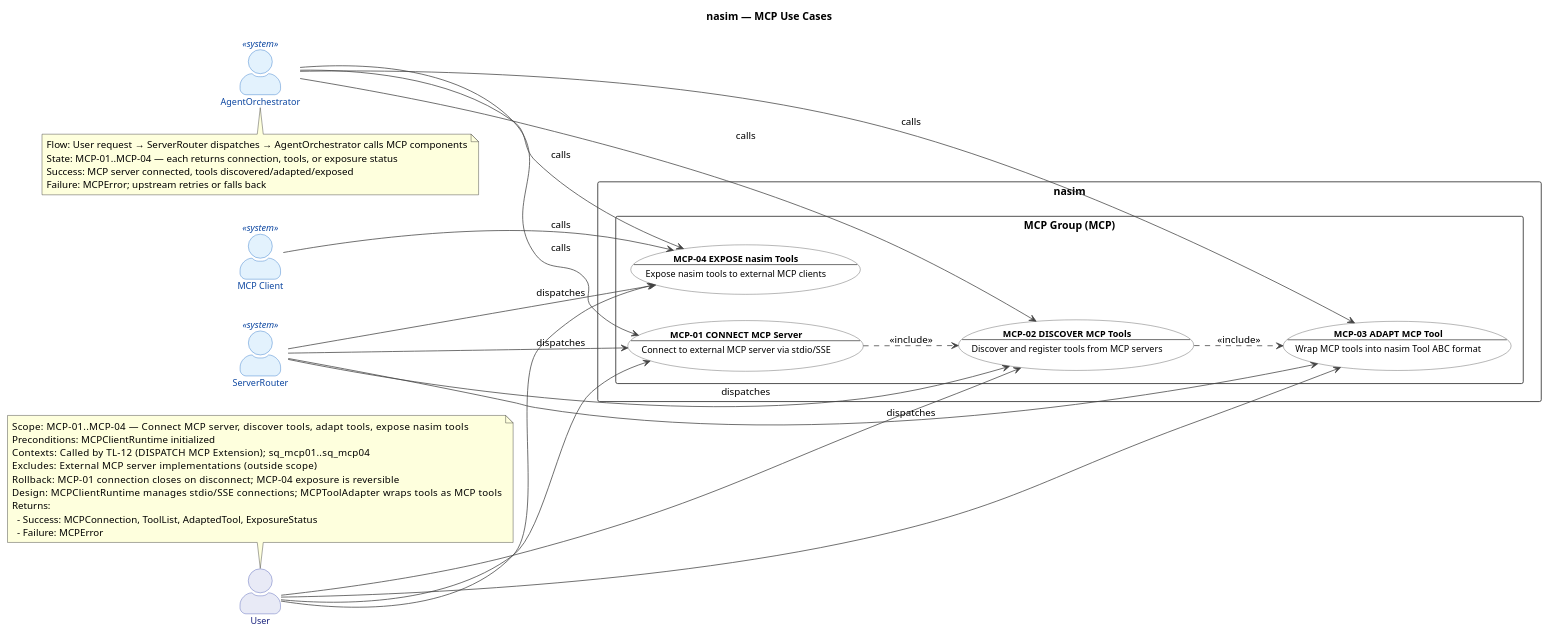
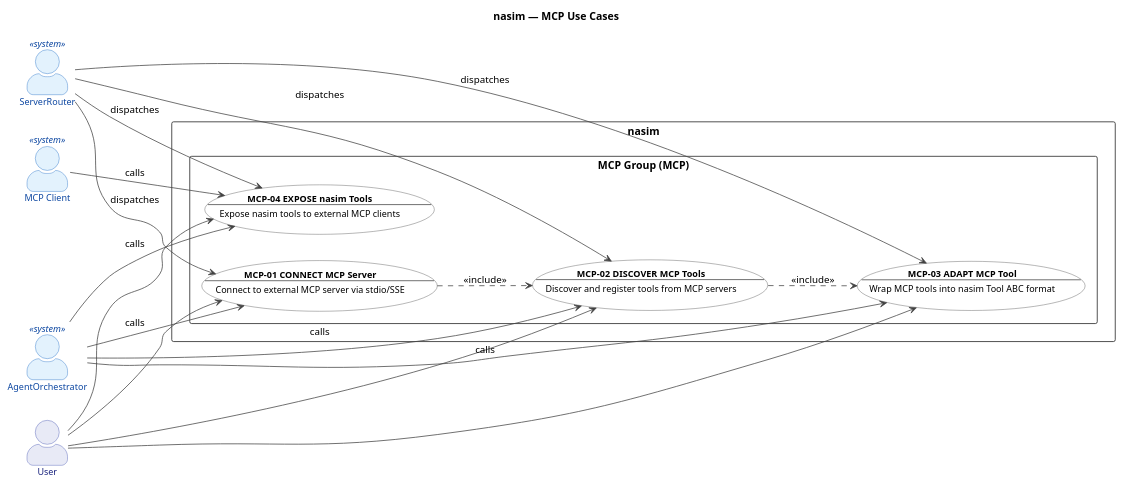
Before and after one commit to salimnamvar/nasim: the diagram in docs/UC/uc_mcp.puml, drawn with PlantUML. The commit also changed 23 other files, not shown here.

First line of the commit message:
docs: Refactor UC diagrams and update merge script paths

```diff
--- a/docs/UC/uc_mcp.puml
+++ b/docs/UC/uc_mcp.puml
@@ -1,112 +1,116 @@
 @startuml uc_mcp
+
 
 ' ============================================================
 ' Title:     nasim — UC: MCP Group
 ' Group:     MCP (Model Context Protocol)
 ' Boundary:  nasim code agent
 ' Purpose:   MCP as first-class subsystem: client/server runtime, tool adapter, discovery
 ' Milestone: v1.0
 ' Version:   9.1.0
 ' Source:    docs/ENTITIES.md, docs/UC/README.md
 ' Review:    CAR refinement loop 2026-06-27
 ' SQ:        sq_mcp01..sq_mcp04
 ' ============================================================
 
+
 left to right direction
+
 
 title nasim — MCP Use Cases
 
+
 skinparam actorStyle awesome
 skinparam packageStyle rectangle
+
 
 skinparam usecase {
   BackgroundColor #FFFFFF
   BorderColor #424242
   FontColor #000000
   ArrowColor #424242
   FontSize 12
 }
 
+
 skinparam actor {
   BackgroundColor #E8EAF6
   BorderColor #3949AB
   FontColor #1A237E
   FontSize 12
 }
 
+
 skinparam actor<<system>> {
   BackgroundColor #E3F2FD
   BorderColor #1565C0
   FontColor #0D47A1
 }
 
+
 ' ------------------------------------------------------------
 ' Actors
 ' ------------------------------------------------------------
 
+
 actor "User" as User
 actor "ServerRouter" as Router <<system>>
 actor "AgentOrchestrator" as Agent <<system>>
-note top of User
-  Scope:          MCP-01..MCP-04 — Connect MCP server, discover tools, adapt tools, expose nasim tools
-  Preconditions:  MCPClientRuntime initialized
-  Contexts:       Called by TL-12 (DISPATCH MCP Extension); sq_mcp01..sq_mcp04
-  Excludes:       External MCP server implementations (outside scope)
-  Rollback:       MCP-01 connection closes on disconnect; MCP-04 exposure is reversible
-  Design:         MCPClientRuntime manages stdio/SSE connections; MCPToolAdapter wraps tools as MCP tools
-  Returns:
-    - Success: MCPConnection, ToolList, AdaptedTool, ExposureStatus
-    - Failure: MCPError
-end note
+
 
 actor "MCP Client" as MCPClient <<system>>
+
 
 ' ------------------------------------------------------------
 ' System Boundary
 ' ------------------------------------------------------------
+
 
 rectangle "nasim" {
   package "MCP Group (MCP)" {
     usecase "**MCP-01 CONNECT MCP Server**\n--\nConnect to external MCP server via stdio/SSE" as MCP01
     usecase "**MCP-02 DISCOVER MCP Tools**\n--\nDiscover and register tools from MCP servers" as MCP02
     usecase "**MCP-03 ADAPT MCP Tool**\n--\nWrap MCP tools into nasim Tool ABC format" as MCP03
     usecase "**MCP-04 EXPOSE nasim Tools**\n--\nExpose nasim tools to external MCP clients" as MCP04
   }
 }
 
+
 ' ------------------------------------------------------------
 ' Actor -> Use Case Associations
 ' ------------------------------------------------------------
+
 
 User --> MCP01
 User --> MCP02
 User --> MCP03
 User --> MCP04
 
+
 MCPClient --> MCP04 : calls
+
 
 Router --> MCP01 : dispatches
 Router --> MCP02 : dispatches
 Router --> MCP03 : dispatches
 Router --> MCP04 : dispatches
 
+
 Agent --> MCP01 : calls
 Agent --> MCP02 : calls
 Agent --> MCP03 : calls
 Agent --> MCP04 : calls
 
+
 ' ------------------------------------------------------------
 ' Relationships
 ' ------------------------------------------------------------
 
+
 MCP01 ..> MCP02 : <<include>>
 MCP02 ..> MCP03 : <<include>>
 
-note bottom of Agent
-  Flow:   User request → ServerRouter dispatches → AgentOrchestrator calls MCP components
-  State:  MCP-01..MCP-04 — each returns connection, tools, or exposure status
-  Success: MCP server connected, tools discovered/adapted/exposed
-  Failure: MCPError; upstream retries or falls back
-end note
+
+
 
 @enduml
```
